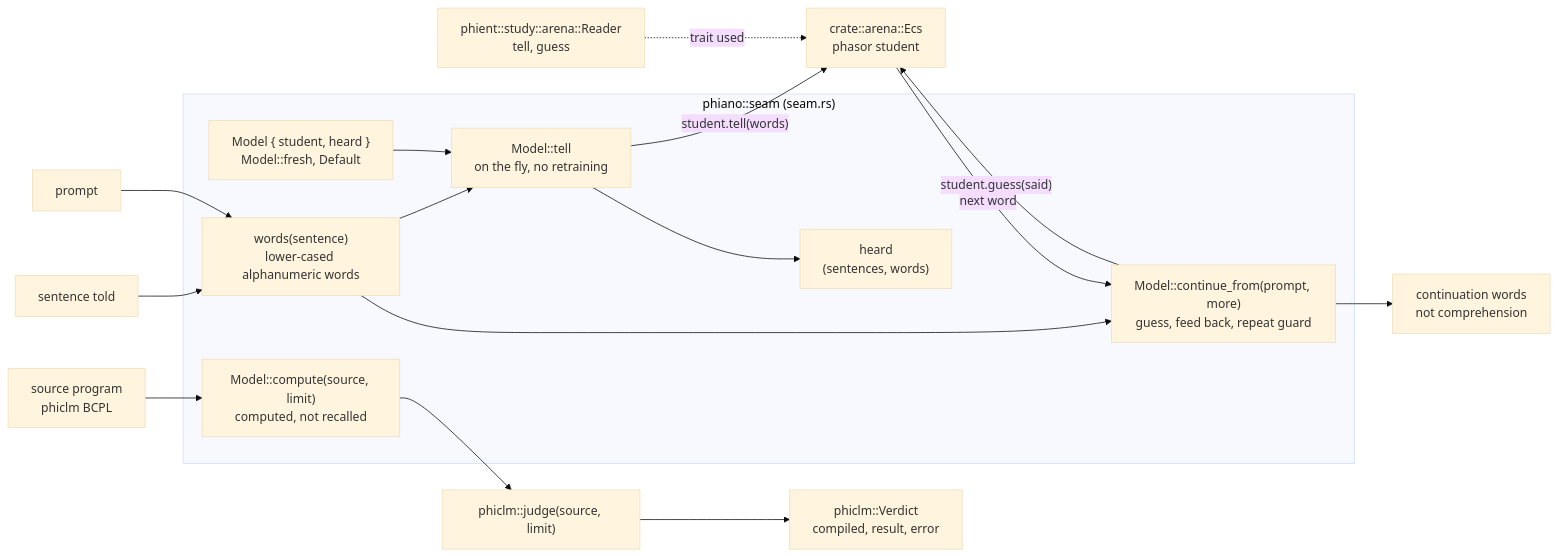
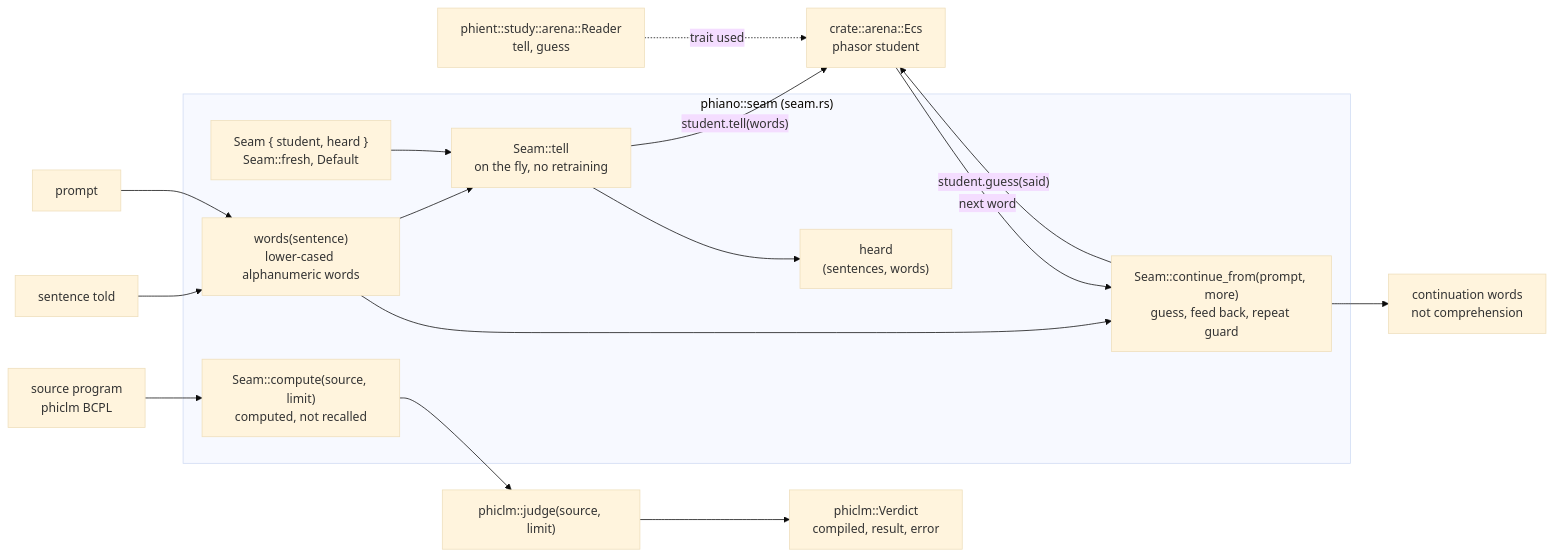
The diagram in docs/phiano/seam.md (gemphi/phinet), drawn with Mermaid (base theme) before and after one commit. The commit also changed 105 other files, not shown here.

````diff
--- a/docs/phiano/seam.md
+++ b/docs/phiano/seam.md
@@ -3,36 +3,36 @@
 ```mermaid
 graph LR
     Sentence["sentence told"]
     Prompt["prompt"]
     Source["source program<br/>phiclm BCPL"]
     Ecs["crate::arena::Ecs<br/>phasor student"]
     ReaderT["phient::study::arena::Reader<br/>tell, guess"]
     Judge["phiclm::judge(source, limit)"]
 
     subgraph seam["phiano::seam (seam.rs)"]
         Words["words(sentence)<br/>lower-cased alphanumeric words"]
-        Model["Model { student, heard }<br/>Model::fresh, Default"]
-        Tell["Model::tell<br/>on the fly, no retraining"]
+        Model["Seam { student, heard }<br/>Seam::fresh, Default"]
+        Tell["Seam::tell<br/>on the fly, no retraining"]
         Heard["heard<br/>(sentences, words)"]
-        Continue["Model::continue_from(prompt, more)<br/>guess, feed back, repeat guard"]
-        Compute["Model::compute(source, limit)<br/>computed, not recalled"]
+        Continue["Seam::continue_from(prompt, more)<br/>guess, feed back, repeat guard"]
+        Compute["Seam::compute(source, limit)<br/>computed, not recalled"]
     end
 
     Out["continuation words<br/>not comprehension"]
     Verdict["phiclm::Verdict<br/>compiled, result, error"]
 
     Sentence --> Words
     Words --> Tell
     Model --> Tell
     Tell -->|"student.tell(words)"| Ecs
     Tell --> Heard
     ReaderT -.->|"trait used"| Ecs
     Prompt --> Words
     Words --> Continue
     Continue -->|"student.guess(said)"| Ecs
     Ecs -->|"next word"| Continue
     Continue --> Out
     Source --> Compute
     Compute --> Judge
     Judge --> Verdict
 ```
````
